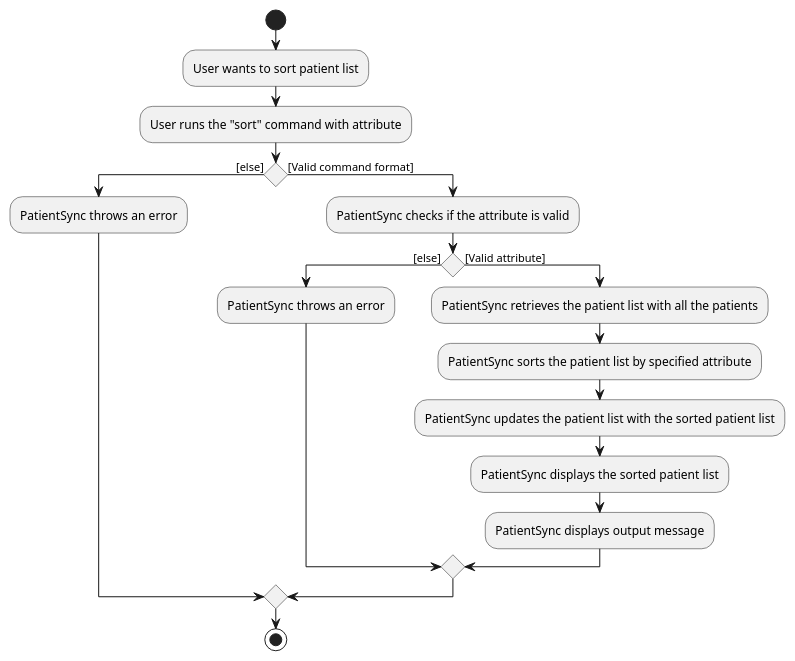
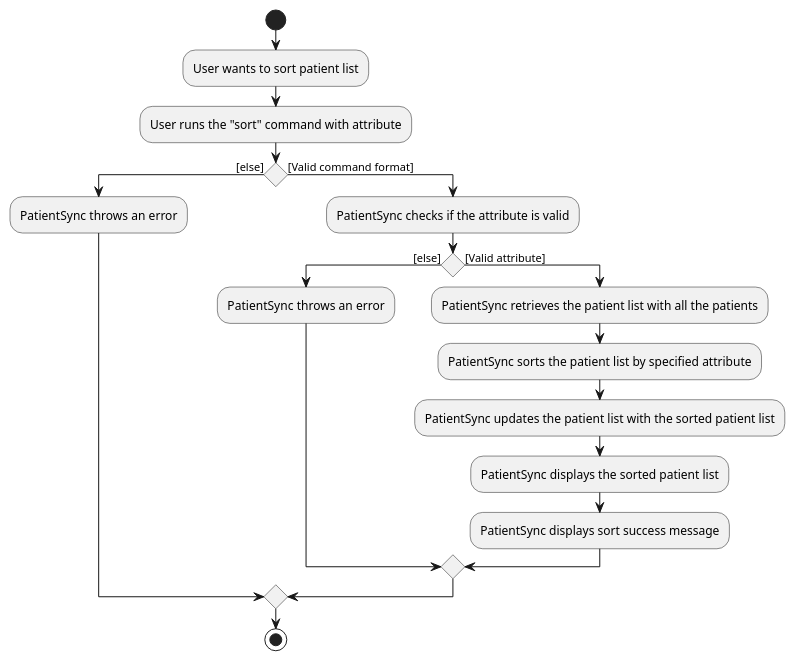
Before and after one commit to NeoHW/tp: the diagram in diagrams/SortActivityDiagram.puml, drawn with PlantUML. The commit also changed 74 other files, not shown here.

```diff
--- a/diagrams/SortActivityDiagram.puml
+++ b/diagrams/SortActivityDiagram.puml
@@ -1,20 +1,20 @@
 @startuml
 start
 :User wants to sort patient list;
 :User runs the "sort" command with attribute;
 if () then ([else])
     :PatientSync throws an error;
 else ([Valid command format])
     :PatientSync checks if the attribute is valid;
     if () then ([else])
         :PatientSync throws an error;
     else ([Valid attribute])
         :PatientSync retrieves the patient list with all the patients;
         :PatientSync sorts the patient list by specified attribute;
         :PatientSync updates the patient list with the sorted patient list;
         :PatientSync displays the sorted patient list;
-        :PatientSync displays output message;
+        :PatientSync displays sort success message;
     endif
 endif
 stop
 @enduml
```
